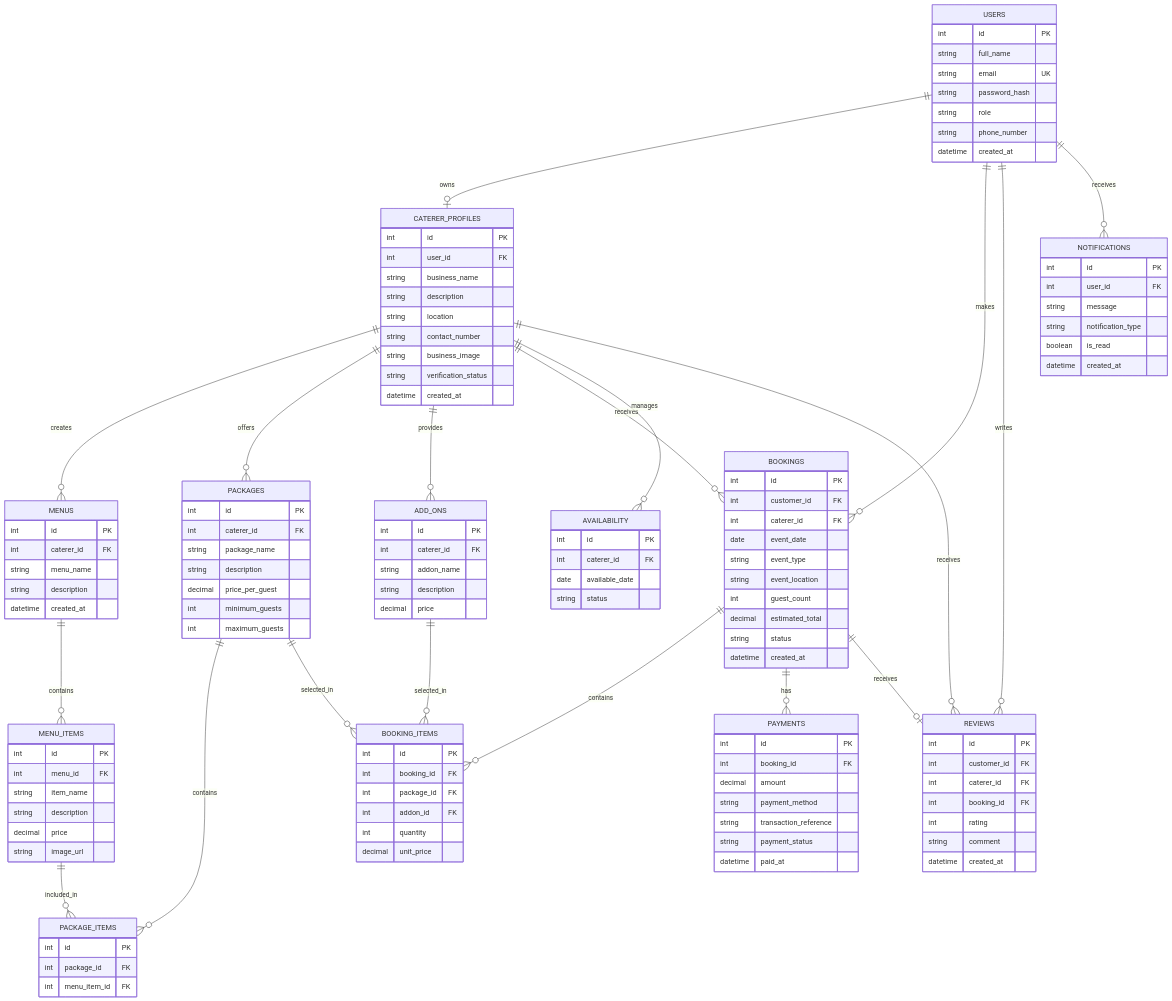
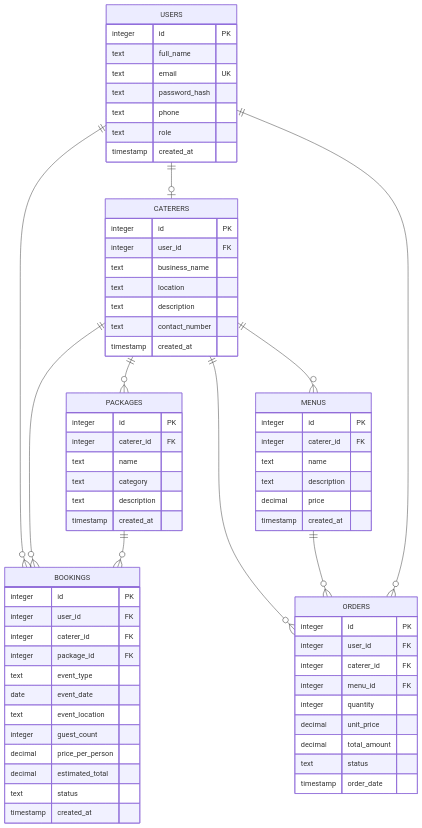
The diagram in documentation/diagrams/SokoCater_ER_Diagram.mmd (SDF-FTH18M6-Capstones/tpka-sokocater-platform), drawn with Mermaid before and after one commit. The commit also changed 9 other files, not shown here.

Commit message:
Update database models and ERD to six-table design

```diff
--- a/documentation/diagrams/SokoCater_ER_Diagram.mmd
+++ b/documentation/diagrams/SokoCater_ER_Diagram.mmd
@@ -1,142 +1,69 @@
-
 erDiagram
-
+    MENUS {
+        integer id PK
+        integer caterer_id FK
+        text name
+        text description
+        decimal price
+        timestamp created_at
+    }
+    ORDERS {
+        integer id PK
+        integer user_id FK
+        integer caterer_id FK
+        integer menu_id FK
+        integer quantity
+        decimal unit_price
+        decimal total_amount
+        text status
+        timestamp order_date
+    }
+    CATERERS {
+        integer id PK
+        integer user_id FK
+        text business_name
+        text location
+        text description
+        text contact_number
+        timestamp created_at
+    }
+    BOOKINGS {
+        integer id PK
+        integer user_id FK
+        integer caterer_id FK
+        integer package_id FK
+        text event_type
+        date event_date
+        text event_location
+        integer guest_count
+        decimal price_per_person
+        decimal estimated_total
+        text status
+        timestamp created_at
+    }
     USERS {
-        int id PK
-        string full_name
-        string email UK
-        string password_hash
-        string role
-        string phone_number
-        datetime created_at
+        integer id PK
+        text full_name
+        text email UK
+        text password_hash
+        text phone
+        text role
+        timestamp created_at
     }
-
-    CATERER_PROFILES {
-        int id PK
-        int user_id FK
-        string business_name
-        string description
-        string location
-        string contact_number
-        string business_image
-        string verification_status
-        datetime created_at
+    PACKAGES {
+        integer id PK
+        integer caterer_id FK
+        text name
+        text category
+        text description
+        timestamp created_at
     }
-
-    MENUS {
-        int id PK
-        int caterer_id FK
-        string menu_name
-        string description
-        datetime created_at
-    }
-
-    MENU_ITEMS {
-        int id PK
-        int menu_id FK
-        string item_name
-        string description
-        decimal price
-        string image_url
-    }
-
-    PACKAGES {
-        int id PK
-        int caterer_id FK
-        string package_name
-        string description
-        decimal price_per_guest
-        int minimum_guests
-        int maximum_guests
-    }
-
-    PACKAGE_ITEMS {
-        int id PK
-        int package_id FK
-        int menu_item_id FK
-    }
-
-    ADD_ONS {
-        int id PK
-        int caterer_id FK
-        string addon_name
-        string description
-        decimal price
-    }
-
-    BOOKINGS {
-        int id PK
-        int customer_id FK
-        int caterer_id FK
-        date event_date
-        string event_type
-        string event_location
-        int guest_count
-        decimal estimated_total
-        string status
-        datetime created_at
-    }
-
-    BOOKING_ITEMS {
-        int id PK
-        int booking_id FK
-        int package_id FK
-        int addon_id FK
-        int quantity
-        decimal unit_price
-    }
-
-    AVAILABILITY {
-        int id PK
-        int caterer_id FK
-        date available_date
-        string status
-    }
-
-    PAYMENTS {
-        int id PK
-        int booking_id FK
-        decimal amount
-        string payment_method
-        string transaction_reference
-        string payment_status
-        datetime paid_at
-    }
-
-    REVIEWS {
-        int id PK
-        int customer_id FK
-        int caterer_id FK
-        int booking_id FK
-        int rating
-        string comment
-        datetime created_at
-    }
-
-    NOTIFICATIONS {
-        int id PK
-        int user_id FK
-        string message
-        string notification_type
-        boolean is_read
-        datetime created_at
-    }
-
-    USERS ||--o| CATERER_PROFILES : owns
-    CATERER_PROFILES ||--o{ MENUS : creates
-    MENUS ||--o{ MENU_ITEMS : contains
-    CATERER_PROFILES ||--o{ PACKAGES : offers
-    PACKAGES ||--o{ PACKAGE_ITEMS : contains
-    MENU_ITEMS ||--o{ PACKAGE_ITEMS : included_in
-    CATERER_PROFILES ||--o{ ADD_ONS : provides
-    USERS ||--o{ BOOKINGS : makes
-    CATERER_PROFILES ||--o{ BOOKINGS : receives
-    BOOKINGS ||--o{ BOOKING_ITEMS : contains
-    PACKAGES ||--o{ BOOKING_ITEMS : selected_in
-    ADD_ONS ||--o{ BOOKING_ITEMS : selected_in
-    CATERER_PROFILES ||--o{ AVAILABILITY : manages
-    BOOKINGS ||--o{ PAYMENTS : has
-    USERS ||--o{ REVIEWS : writes
-    CATERER_PROFILES ||--o{ REVIEWS : receives
-    BOOKINGS ||--o| REVIEWS : receives
-    USERS ||--o{ NOTIFICATIONS : receives
+    USERS ||--o{ BOOKINGS : ""
+    CATERERS ||--o{ MENUS : ""
+    CATERERS ||--o{ ORDERS : ""
+    USERS ||--o| CATERERS : ""
+    MENUS ||--o{ ORDERS : ""
+    CATERERS ||--o{ BOOKINGS : ""
+    USERS ||--o{ ORDERS : ""
+    CATERERS ||--o{ PACKAGES : ""
+    PACKAGES ||--o{ BOOKINGS : ""
```
